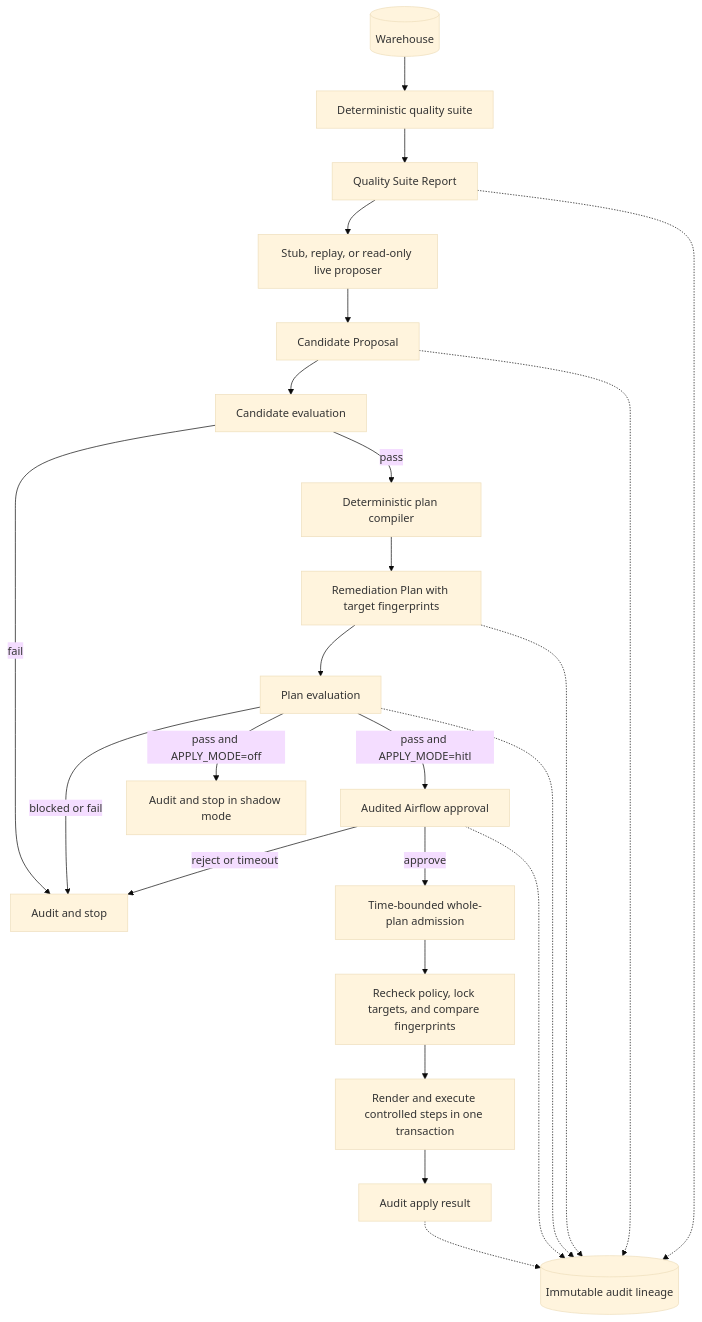
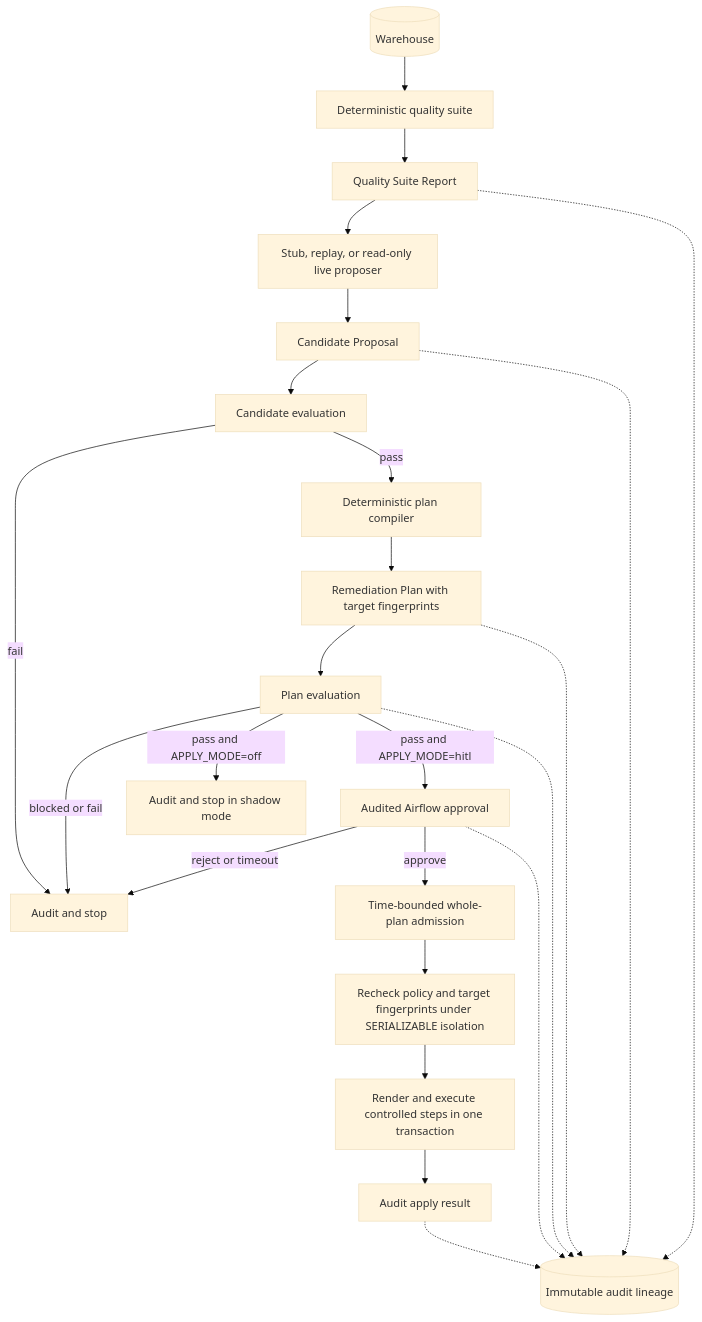
Before and after one commit to youzaina001/airflow-dq-agent: the first of 2 diagrams in README.md, drawn with Mermaid (base theme). The commit also changed other lines of this file and 3 other files, not shown here.

````diff
--- a/README.md
+++ b/README.md
@@ -11,27 +12,27 @@
 ```mermaid
 flowchart TD
   warehouse[(Warehouse)] --> suite[Deterministic quality suite]
   suite --> report[Quality Suite Report]
   report --> proposer[Stub, replay, or read-only live proposer]
   proposer --> candidate[Candidate Proposal]
   candidate --> candidate_eval[Candidate evaluation]
   candidate_eval -->|fail| stopped[Audit and stop]
   candidate_eval -->|pass| compiler[Deterministic plan compiler]
   compiler --> plan[Remediation Plan with target fingerprints]
   plan --> plan_eval[Plan evaluation]
   plan_eval -->|blocked or fail| stopped
   plan_eval -->|pass and APPLY_MODE=off| shadow[Audit and stop in shadow mode]
   plan_eval -->|pass and APPLY_MODE=hitl| hitl[Audited Airflow approval]
   hitl -->|reject or timeout| stopped
   hitl -->|approve| admission[Time-bounded whole-plan admission]
-  admission --> apply[Recheck policy, lock targets, and compare fingerprints]
+  admission --> apply[Recheck policy and target fingerprints under SERIALIZABLE isolation]
   apply --> execute[Render and execute controlled steps in one transaction]
   execute --> result[Audit apply result]
 
   report -.-> lineage[(Immutable audit lineage)]
   candidate -.-> lineage
   plan -.-> lineage
   plan_eval -.-> lineage
   hitl -.-> lineage
   result -.-> lineage
 ```
````
